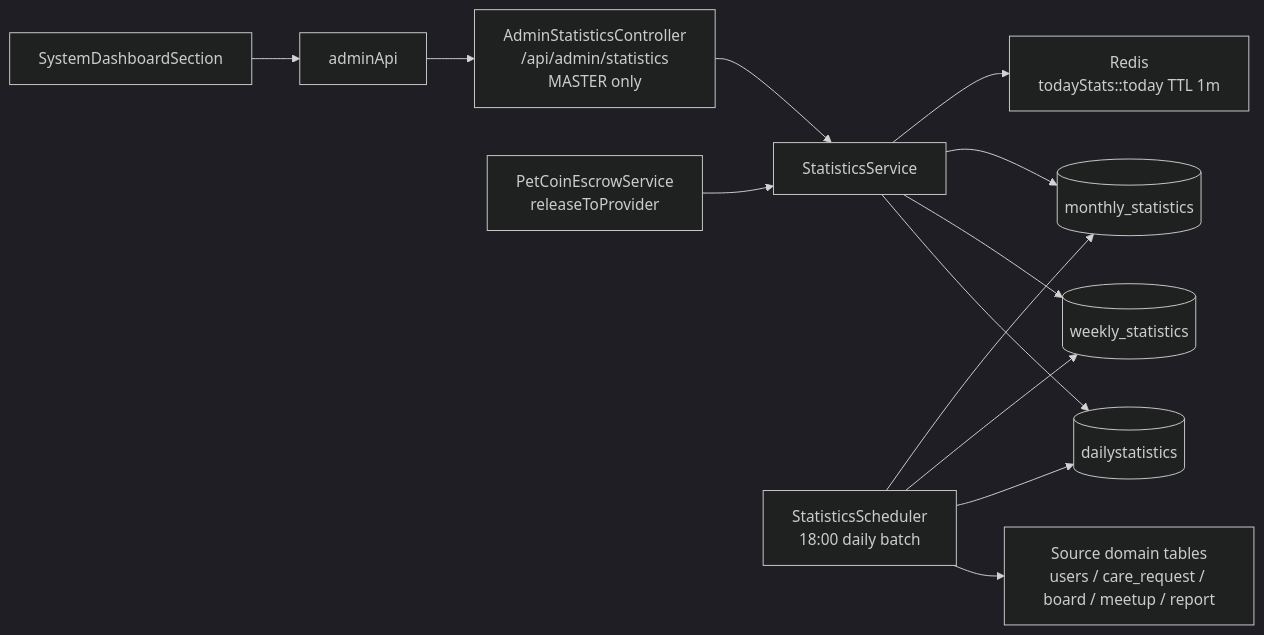
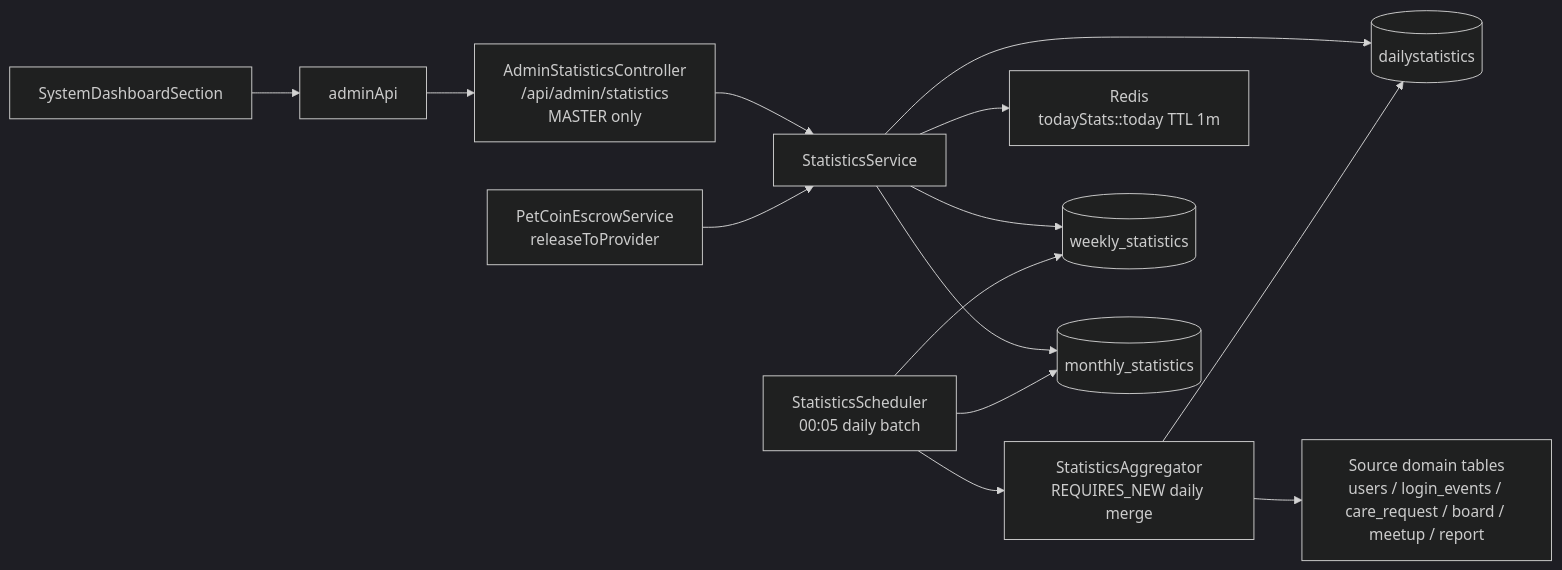
One commit to makkong1/Petory changed the first of 7 diagrams in docs/architecture/관리자 대시보드 & 통계 시스템 아키텍처.md. Above: the diagram before and after it, drawn with Mermaid (dark theme). The commit also changed other lines of this file and 31 other files, not shown here.

````diff
--- a/docs/architecture/관리자 대시보드 & 통계 시스템 아키텍처.md
+++ b/docs/architecture/관리자 대시보드 & 통계 시스템 아키텍처.md
@@ -11,27 +11,29 @@
 ```mermaid
 flowchart LR
   UI["SystemDashboardSection"]
   APIJS["adminApi"]
   CTRL["AdminStatisticsController<br/>/api/admin/statistics<br/>MASTER only"]
   SVC["StatisticsService"]
-  SCH["StatisticsScheduler<br/>18:00 daily batch"]
+  SCH["StatisticsScheduler<br/>00:05 daily batch"]
+  AGG["StatisticsAggregator<br/>REQUIRES_NEW daily merge"]
   REDIS["Redis<br/>todayStats::today TTL 1m"]
   DAILY[("dailystatistics")]
   WEEKLY[("weekly_statistics")]
   MONTHLY[("monthly_statistics")]
-  SRC["Source domain tables<br/>users / care_request / board / meetup / report"]
+  SRC["Source domain tables<br/>users / login_events / care_request / board / meetup / report"]
   PAY["PetCoinEscrowService<br/>releaseToProvider"]
 
   UI --> APIJS
   APIJS --> CTRL
   CTRL --> SVC
   SVC --> DAILY
   SVC --> WEEKLY
   SVC --> MONTHLY
   SVC --> REDIS
-  SCH --> SRC
-  SCH --> DAILY
+  SCH --> AGG
+  AGG --> SRC
+  AGG --> DAILY
   SCH --> WEEKLY
   SCH --> MONTHLY
   PAY --> SVC
 ```
````
